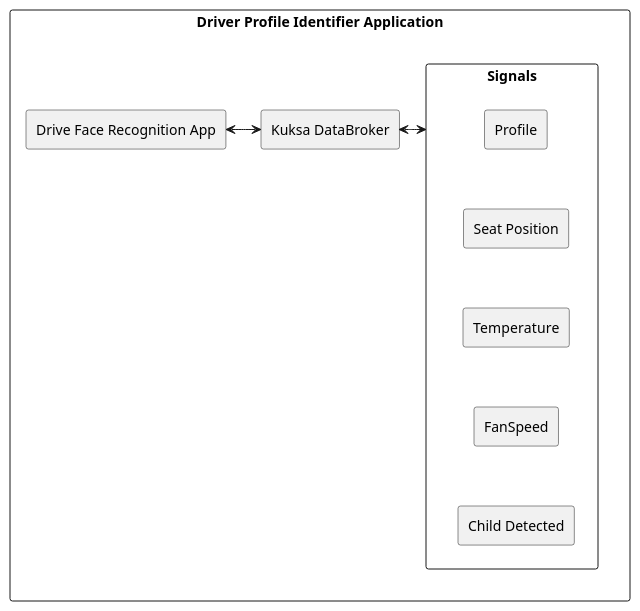
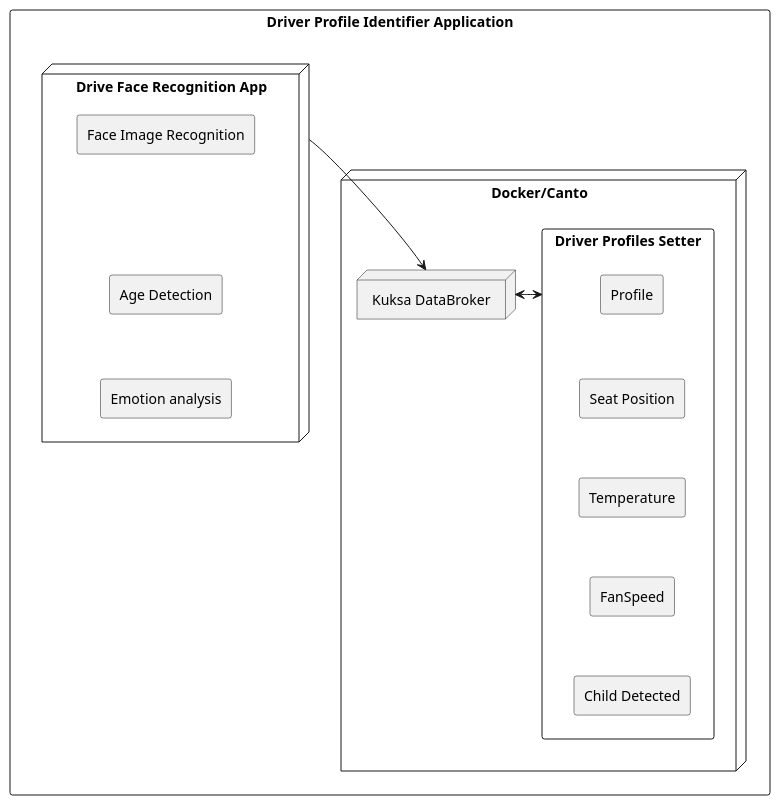
One commit to SherinJasper1506/beg_sdv_hackathon changed the diagram in python_sdv/doc/driver_identifier_app.puml. Above: the diagram before and after it, drawn with PlantUML. The commit also changed 3 other files, not shown here.

```diff
--- a/python_sdv/doc/driver_identifier_app.puml
+++ b/python_sdv/doc/driver_identifier_app.puml
@@ -1,25 +1,45 @@
 @startuml Sdv Driver profile Application
+
+skinparam SequenceMessageAlignment center
 
 rectangle "Driver Profile Identifier Application"{
 
-    rectangle "Drive Face Recognition App" as driver_identifier_app
-    rectangle "Kuksa DataBroker" as DataBroker
-    rectangle "Signals"{
-        rectangle "Profile" as DriverName
-        rectangle "Seat Position" as SeatPosition
-        rectangle "Temperature" as Temperature
-        rectangle "FanSpeed" as FanSpeed
-        rectangle "Child Detected" as ChildDetected
-        
-        SeatPosition -[hidden]up-> DriverName
-        Temperature -[hidden]up-> SeatPosition
-        FanSpeed -[hidden]up-> Temperature
-        ChildDetected -[hidden]up-> FanSpeed
 
+
+    node "Drive Face Recognition App" as driver_identifier_app{
+        rectangle "Face Image Recognition" as image
+        rectangle "Age Detection" as age
+        rectangle "Emotion analysis" as emotion
+
+        image -[hidden]down-> age
+        age -[hidden]down-> emotion
     }
+    node "Docker/Canto" as Container{
+        node "Kuksa DataBroker" as DataBroker
 
-    driver_identifier_app <-right-> DataBroker
-    DataBroker <-right-> Signals
+        rectangle "Driver Profiles Setter" as signals{
+            rectangle "Profile" as DriverName
+            rectangle "Seat Position" as SeatPosition
+            rectangle "Temperature" as Temperature
+            rectangle "FanSpeed" as FanSpeed
+            rectangle "Child Detected" as ChildDetected
+
+            SeatPosition -[hidden]up-> DriverName
+            Temperature -[hidden]up-> SeatPosition
+            FanSpeed -[hidden]up-> Temperature
+            ChildDetected -[hidden]up-> FanSpeed
+
+        }
+    }
+    driver_identifier_app -[hidden]left-> DataBroker
+    DataBroker -[hidden]left-> signals
+    driver_identifier_app -[hidden]down-> signals
+    signals -[hidden]down-> DataBroker
+    driver_identifier_app -->DataBroker
+    DataBroker <--> signals
+
+
 }
 
+
 @enduml
```
